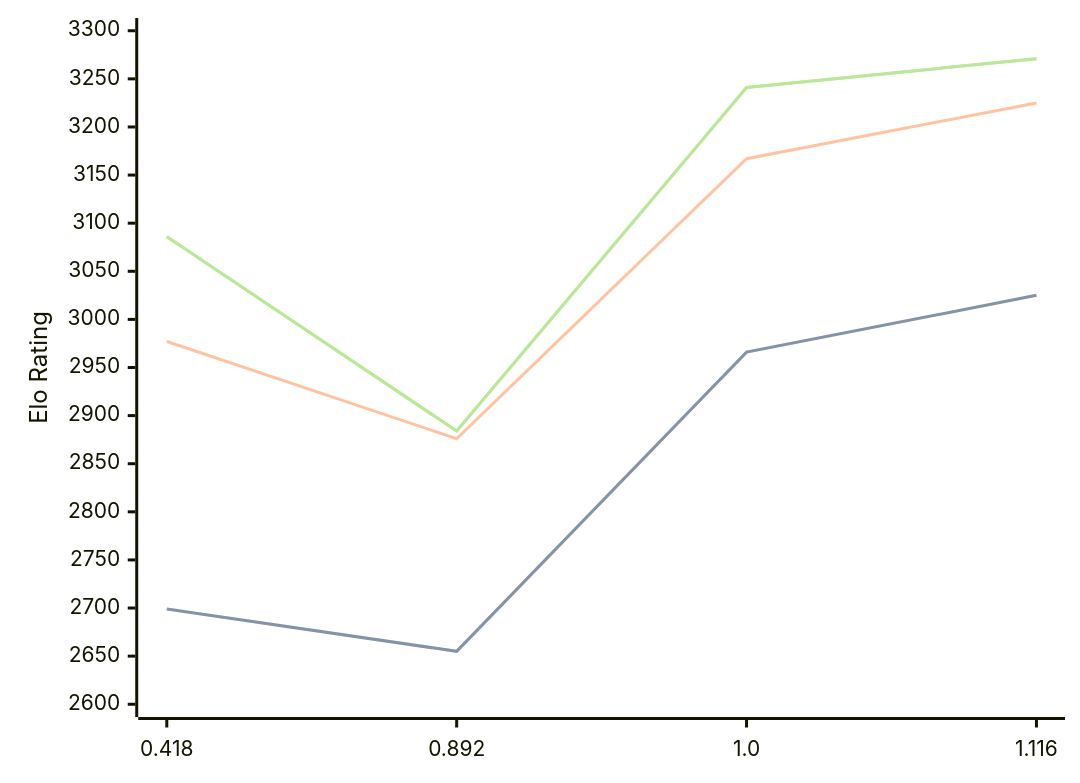
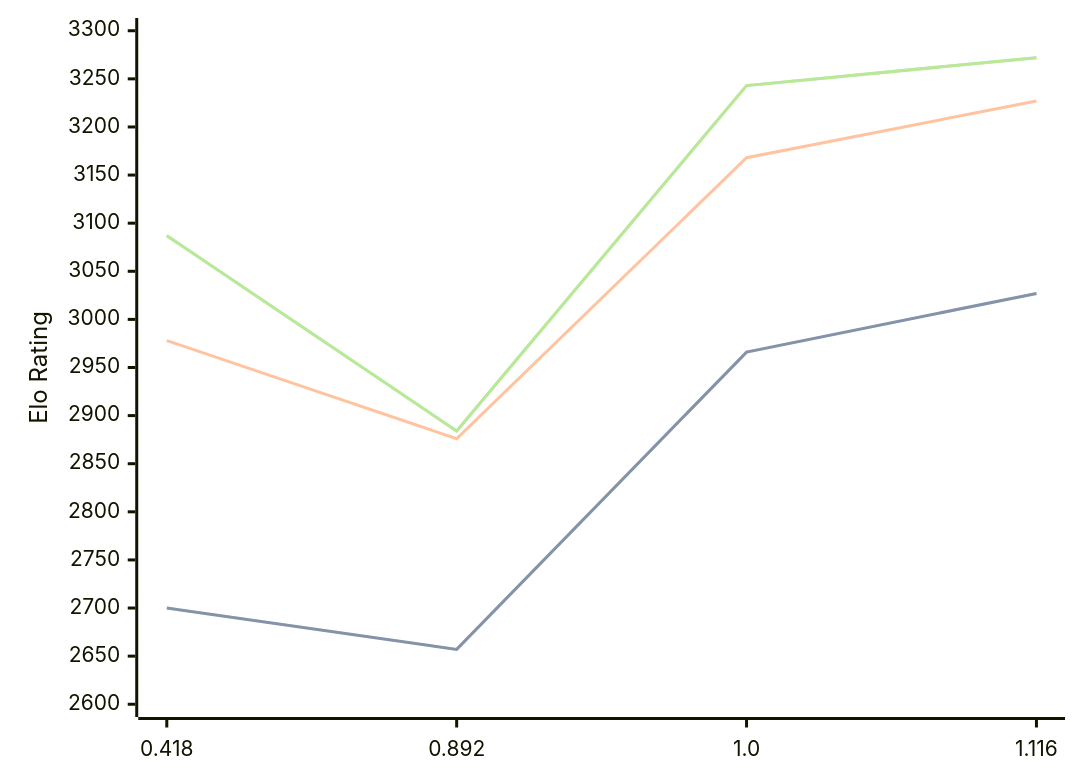
Before and after one commit to computer-chess-index/cci: the first of 3 diagrams in engines/Malika.md, drawn with Mermaid. The commit also changed other lines of this file, not shown here.

Commit message:
Update CCI Ratings (ELO VLTC) - 2026-06-22

````diff
--- a/engines/Malika.md
+++ b/engines/Malika.md
@@ -34,11 +34,11 @@
 ```mermaid
 %%{init: {"theme":"base","themeVariables":{"seriesColors:['#a3a3a3','#222221','#faa371']}}}%%
 xychart-beta
   x-axis ["0.418", "0.892", "1.0", "1.116"]
   y-axis "Elo Rating" 2600 --> 3300
-  line "STC (8.0+0.08s)" [2699, 2655, 2966, 3025]
-  line "STC (8.0+0.08s)" [2699, 2655, 2966, 3025]
-  line "LTC (60.0+0.60s)" [2977, 2876, 3167, 3225]
-  line "VLTC (2m24s+1.12s)" [3086, 2884, 3241, 3271]
-  line "VLTC (2m24s+1.12s)" [3086, 2884, 3241, 3271]
+  line "STC (8.0+0.08s)" [2700, 2657, 2966, 3027]
+  line "STC (8.0+0.08s)" [2700, 2657, 2966, 3027]
+  line "LTC (60.0+0.60s)" [2978, 2876, 3168, 3227]
+  line "VLTC (2m24s+1.12s)" [3087, 2884, 3243, 3272]
+  line "VLTC (2m24s+1.12s)" [3087, 2884, 3243, 3272]
 ```
````
